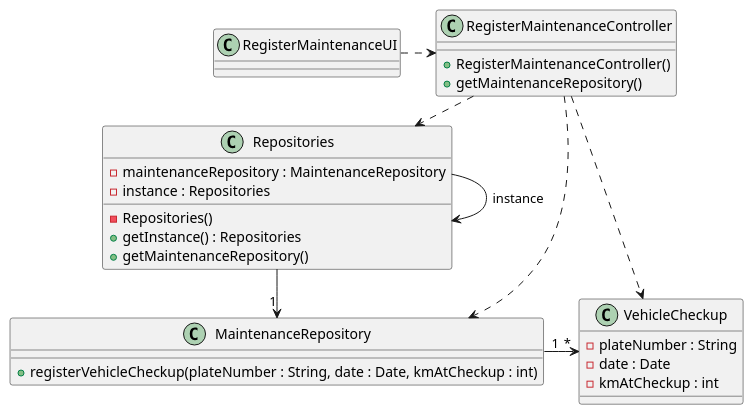
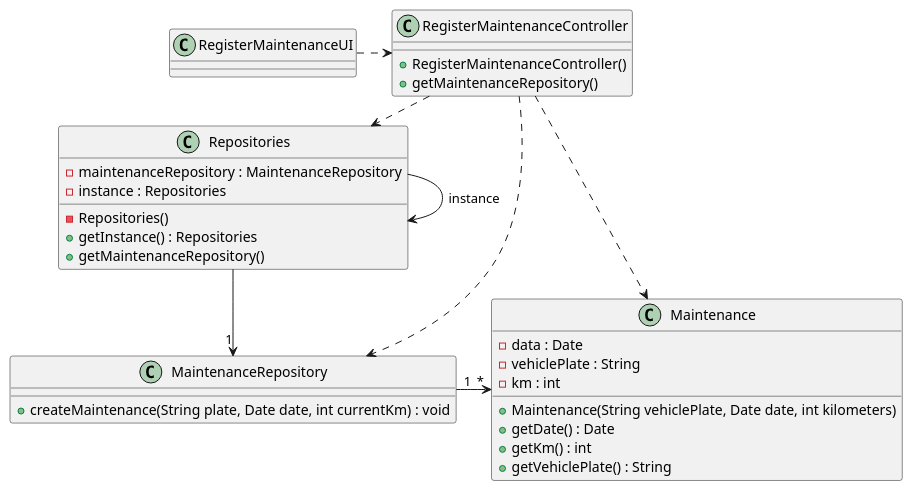
Before and after one commit to ricardomm7/leaflink: the diagram in docs/sprintB/us007/03.design/puml/us007-class-diagram.puml, drawn with PlantUML. The commit also changed 12 other files, not shown here.

Commit message:
Refactor VehicleRepository to include getVehiclesPlates method; Implement RegisterMaintenance functionality across UI, Controller, and Repository layers; Adjust Main class to run Bootstrap after MainMenuUI; Update UML diagrams to reflect changes in Maintenance management.

```diff
--- a/docs/sprintB/us007/03.design/puml/us007-class-diagram.puml
+++ b/docs/sprintB/us007/03.design/puml/us007-class-diagram.puml
@@ -1,50 +1,55 @@
 @startuml
 skinparam shadowing false
 skinparam line type polyline
 
 'left to right direction
 
-class VehicleCheckup {
-    - plateNumber : String
-    - date : Date
-    - kmAtCheckup : int
+class Maintenance {
+    - data : Date
+    - vehiclePlate : String
+    - km : int
+
+    + Maintenance(String vehiclePlate, Date date, int kilometers)
+    + getDate() : Date
+    + getKm() : int
+    + getVehiclePlate() : String
 }
 
 
 class MaintenanceRepository {
-    + registerVehicleCheckup(plateNumber : String, date : Date, kmAtCheckup : int)
+    + createMaintenance(String plate, Date date, int currentKm) : void
 }
 
 class Repositories {
 -maintenanceRepository : MaintenanceRepository
         - instance : Repositories
         - Repositories()
     + getInstance() : Repositories
     + getMaintenanceRepository()
 }
 
 class RegisterMaintenanceController {
     + RegisterMaintenanceController()
     + getMaintenanceRepository()
 }
 
 class RegisterMaintenanceUI {
 }
 
 Repositories -> Repositories : instance
 
 RegisterMaintenanceUI .> RegisterMaintenanceController
 
 RegisterMaintenanceController .> Repositories
 
 RegisterMaintenanceController ..> MaintenanceRepository
 
 Repositories -> "1" MaintenanceRepository
 
-MaintenanceRepository "1" -> "*" VehicleCheckup
+MaintenanceRepository "1" -> "*" Maintenance
 
 
-RegisterMaintenanceController ..> VehicleCheckup
+RegisterMaintenanceController ..> Maintenance
 
 
 @enduml
```
